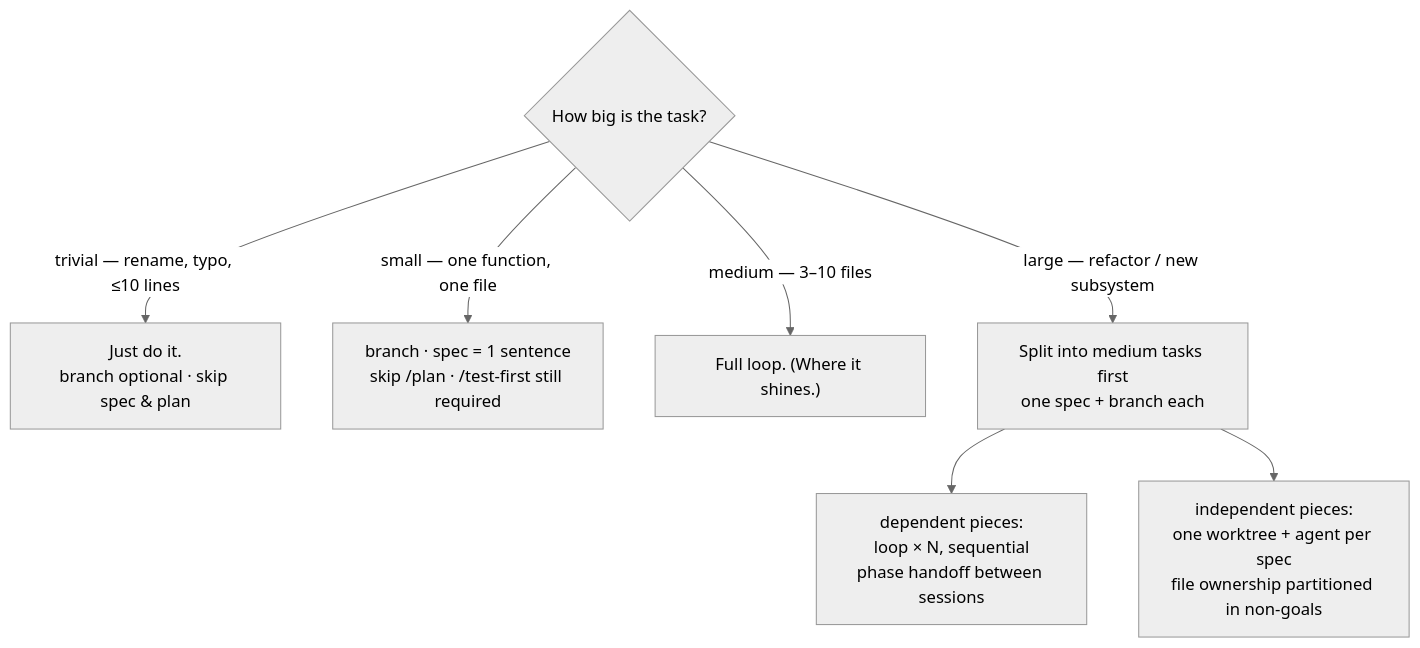
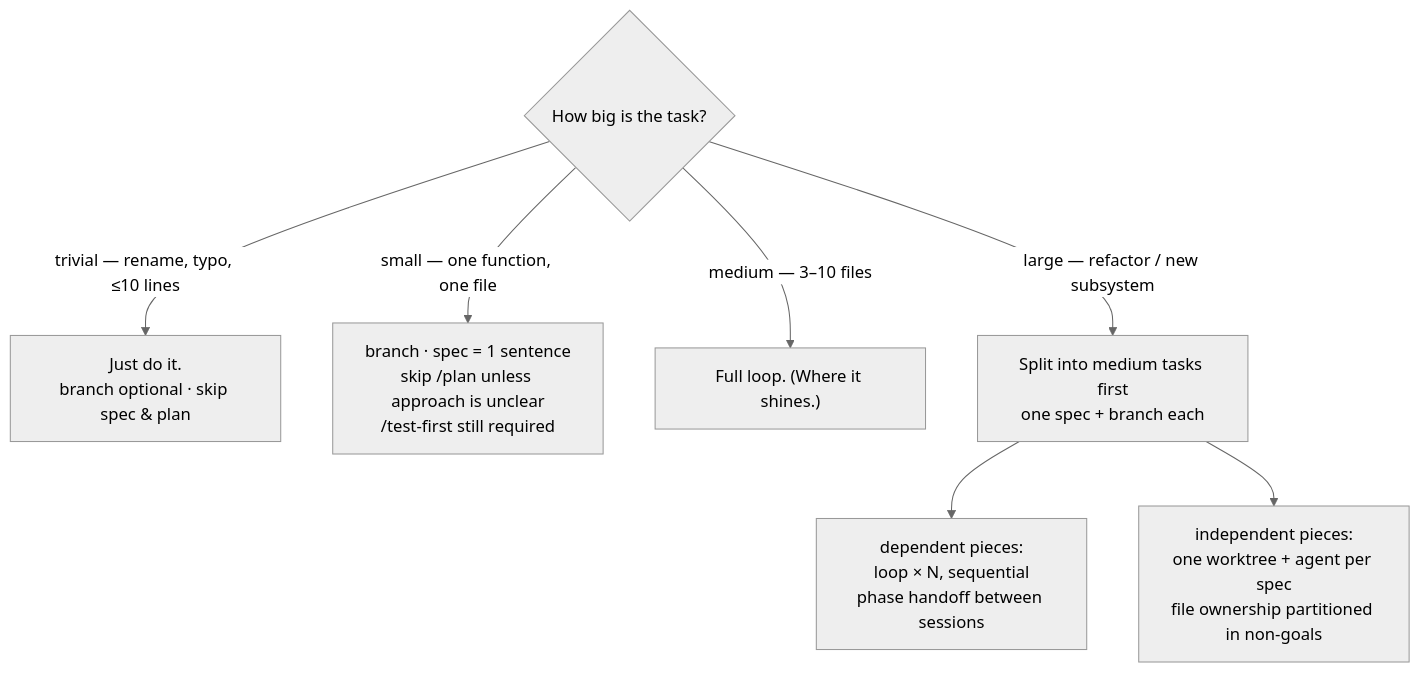
The fifth of 6 diagrams in workflow/docs/workflow-diagram.md (bbirkinbine/agentic-scaffold), drawn with Mermaid (neutral theme) before and after one commit. The commit also changed other lines of this file and 26 other files, not shown here.

````diff
--- a/workflow/docs/workflow-diagram.md
+++ b/workflow/docs/workflow-diagram.md
@@ -209,10 +209,10 @@
 ```mermaid
 flowchart TD
     Q{"How big is the task?"}
     Q -->|"trivial — rename, typo, ≤10 lines"| TRIV["Just do it.<br/>branch optional · skip spec & plan"]
-    Q -->|"small — one function, one file"| SMALL["branch · spec = 1 sentence<br/>skip /plan · /test-first still required"]
+    Q -->|"small — one function, one file"| SMALL["branch · spec = 1 sentence<br/>skip /plan unless approach is unclear<br/>/test-first still required"]
     Q -->|"medium — 3–10 files"| MED["Full loop. (Where it shines.)"]
     Q -->|"large — refactor / new subsystem"| LARGE["Split into medium tasks first<br/>one spec + branch each"]
     LARGE --> SEQ["dependent pieces:<br/>loop × N, sequential<br/>phase handoff between sessions"]
     LARGE --> PAR["independent pieces:<br/>one worktree + agent per spec<br/>file ownership partitioned in non-goals"]
 ```
````
